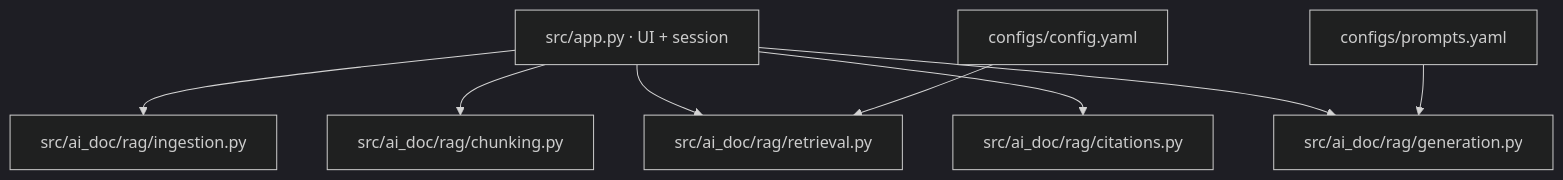
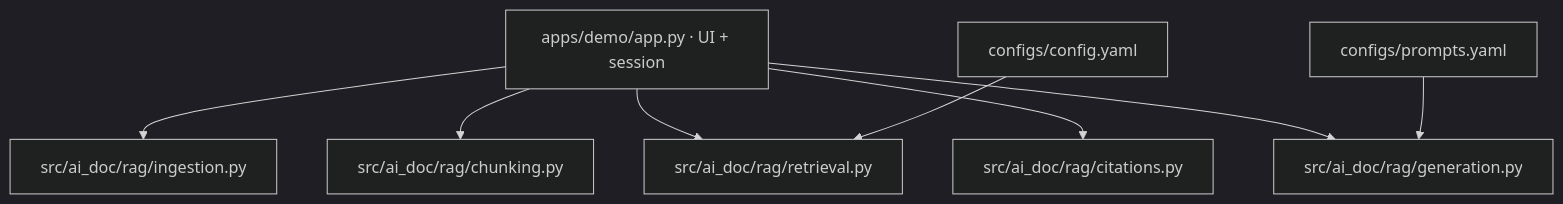
Before and after one commit to RoxanaTapia/ai-doc-to-chat-pipeline: the third of 3 diagrams in docs/README.md, drawn with Mermaid (dark theme). The commit also changed other lines of this file and 31 other files, not shown here.

First line of the commit message:
refactor(demo): move the Streamlit demo into apps/demo (#235)

````diff
--- a/docs/README.md
+++ b/docs/README.md
@@ -83,19 +84,19 @@
 ```mermaid
 flowchart TB
-  App["src/app.py · UI + session"]
+  App["apps/demo/app.py · UI + session"]
   Ingest["src/ai_doc/rag/ingestion.py"]
   Chunk["src/ai_doc/rag/chunking.py"]
   Retrieve["src/ai_doc/rag/retrieval.py"]
   Cite["src/ai_doc/rag/citations.py"]
   Gen["src/ai_doc/rag/generation.py"]
   Cfg["configs/config.yaml"]
   Prompts["configs/prompts.yaml"]
 
   App --> Ingest
   App --> Chunk
   App --> Retrieve
   App --> Cite
   App --> Gen
   Cfg --> Retrieve
   Prompts --> Gen
 ```
````
